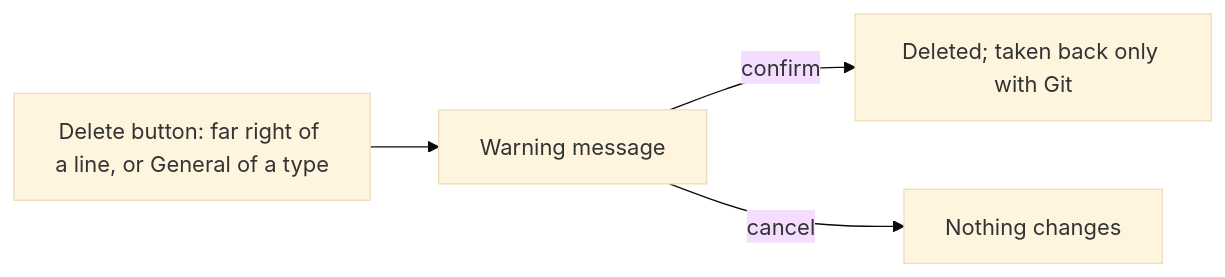
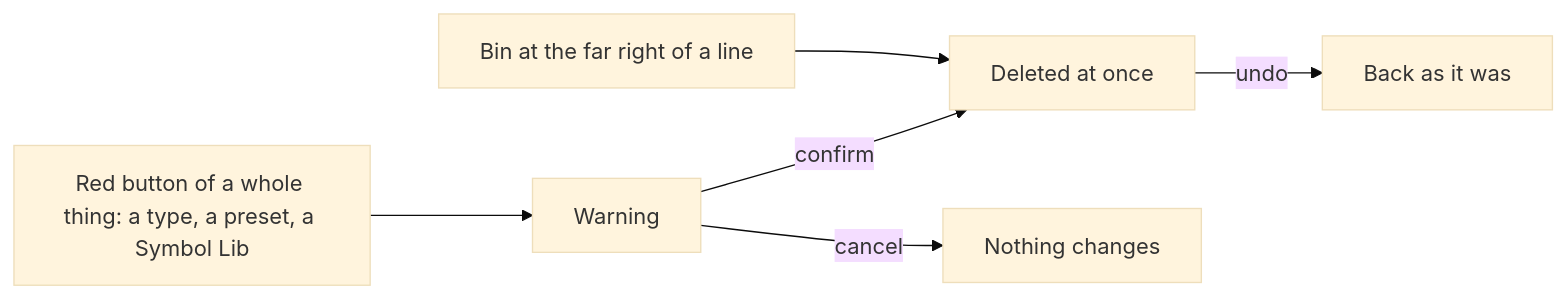
Before and after one commit to AlexandreGallais/synoptic-studio-spec: the fourth of 7 diagrams in screens/README.md, drawn with Mermaid (base theme). The commit also changed other lines of this file and 15 other files, not shown here.

First line of the commit message:
docs(spec): warn only on whole deletes, add the undo history, drop save

````diff
--- a/screens/README.md
+++ b/screens/README.md
@@ -116,6 +116,8 @@
 ```mermaid
 flowchart LR
-    B["Delete button: far right of a line, or General of a type"] --> W["Warning message"]
-    W -->|"confirm"| D["Deleted; taken back only with Git"]
+    L["Bin at the far right of a line"] --> D["Deleted at once"]
+    R["Red button of a whole thing: a type, a preset, a Symbol Lib"] --> W["Warning"]
+    W -->|"confirm"| D
     W -->|"cancel"| K["Nothing changes"]
+    D -->|"undo"| U["Back as it was"]
 ```
````
